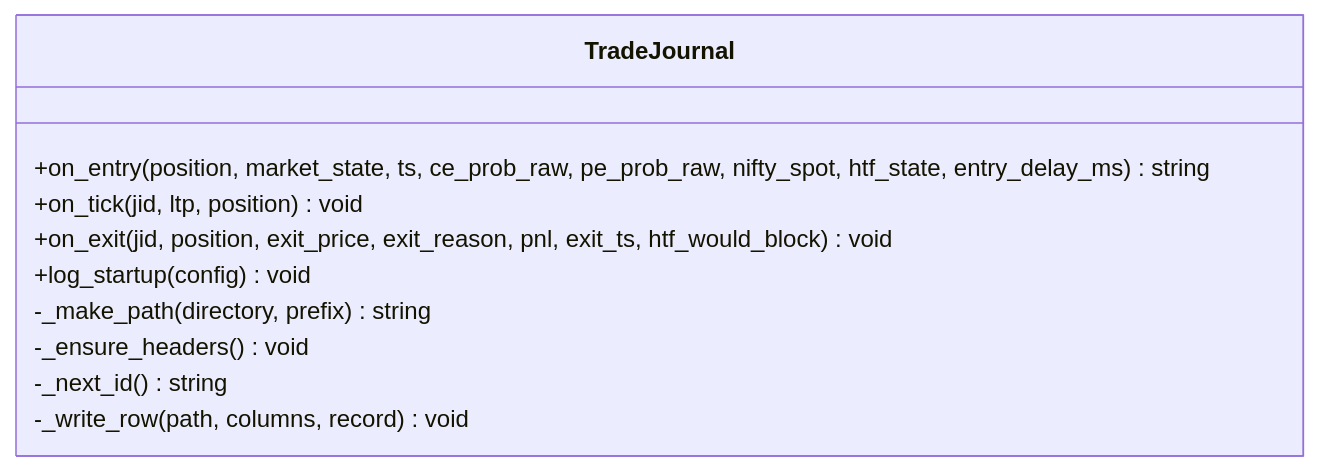
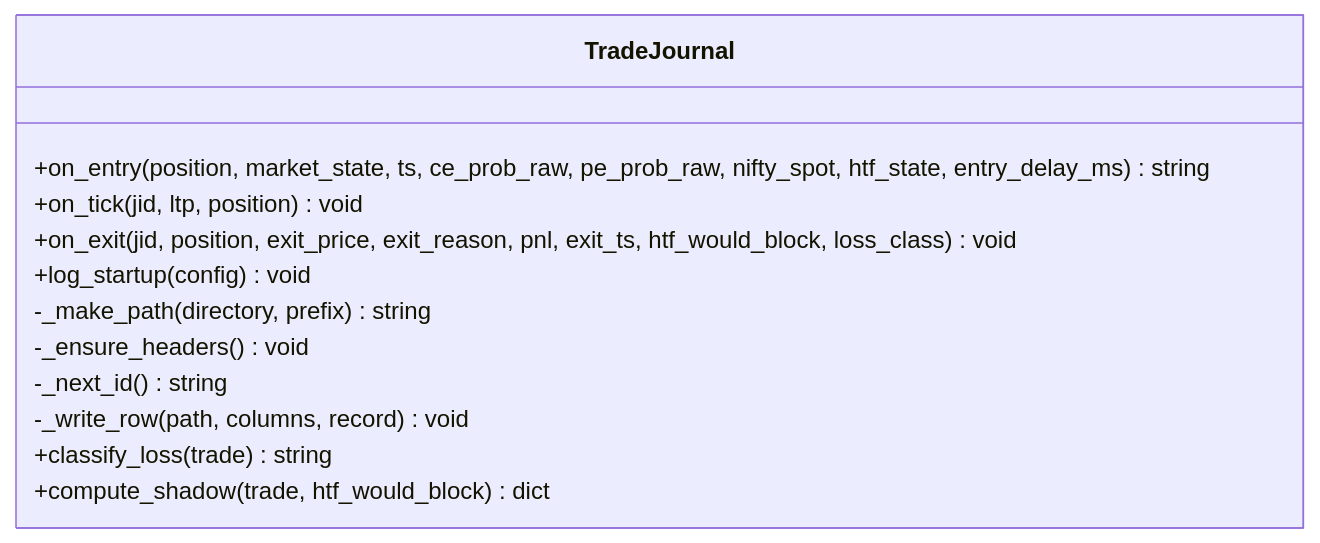
The fourth of 6 diagrams in .qoder/repowiki/en/content/Monitoring and Analytics/Trade Journaling.md (tauqeersiddiqui-art/tradingsystem), drawn with Mermaid before and after one commit. The commit also changed other lines of this file and 71 other files, not shown here.

Commit message:
Add rejection-first entry quality filters, entry-quality ML target with fail-hard pipeline, post-trade loss classification, and reproducible Phase-8 backtest

````diff
--- a/.qoder/repowiki/en/content/Monitoring and Analytics/Trade Journaling.md
+++ b/.qoder/repowiki/en/content/Monitoring and Analytics/Trade Journaling.md
@@ -152,13 +184,15 @@
 ```mermaid
 classDiagram
 class TradeJournal {
 +on_entry(position, market_state, ts, ce_prob_raw, pe_prob_raw, nifty_spot, htf_state, entry_delay_ms) string
 +on_tick(jid, ltp, position) void
-+on_exit(jid, position, exit_price, exit_reason, pnl, exit_ts, htf_would_block) void
++on_exit(jid, position, exit_price, exit_reason, pnl, exit_ts, htf_would_block, loss_class) void
 +log_startup(config) void
 -_make_path(directory, prefix) string
 -_ensure_headers() void
 -_next_id() string
 -_write_row(path, columns, record) void
++classify_loss(trade) string
++compute_shadow(trade, htf_would_block) dict
 }
 ```
````
